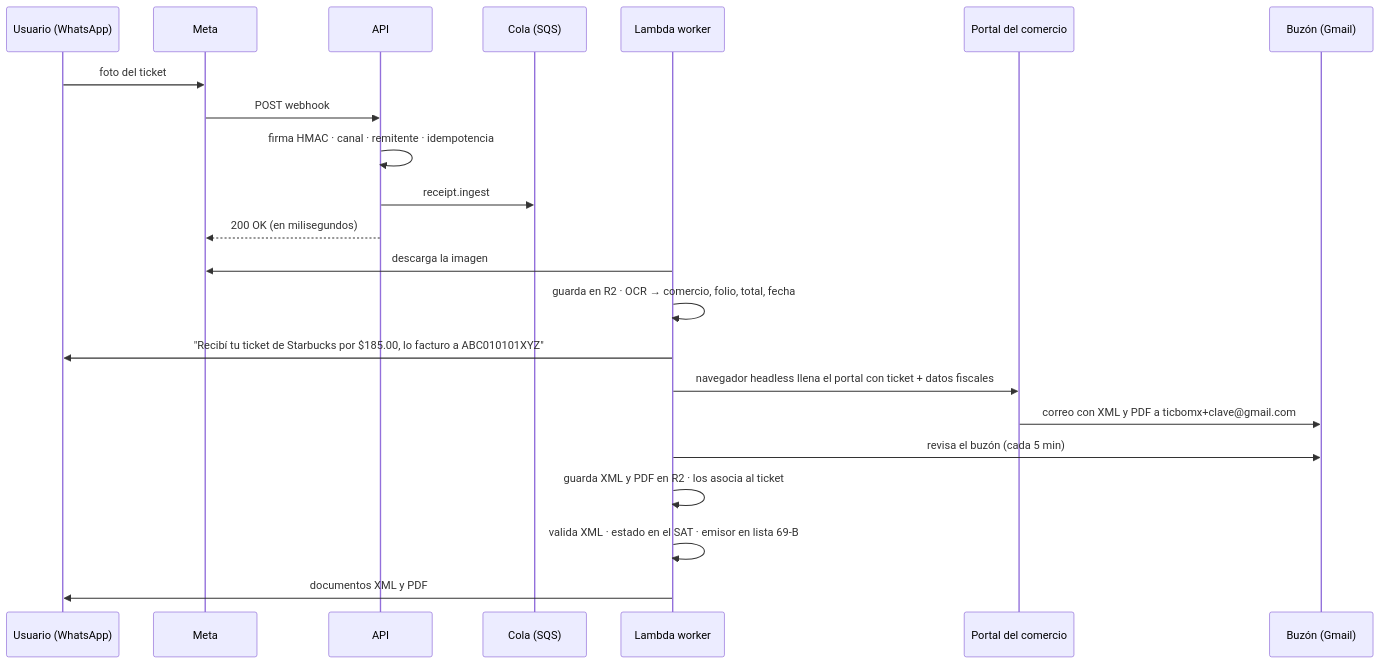
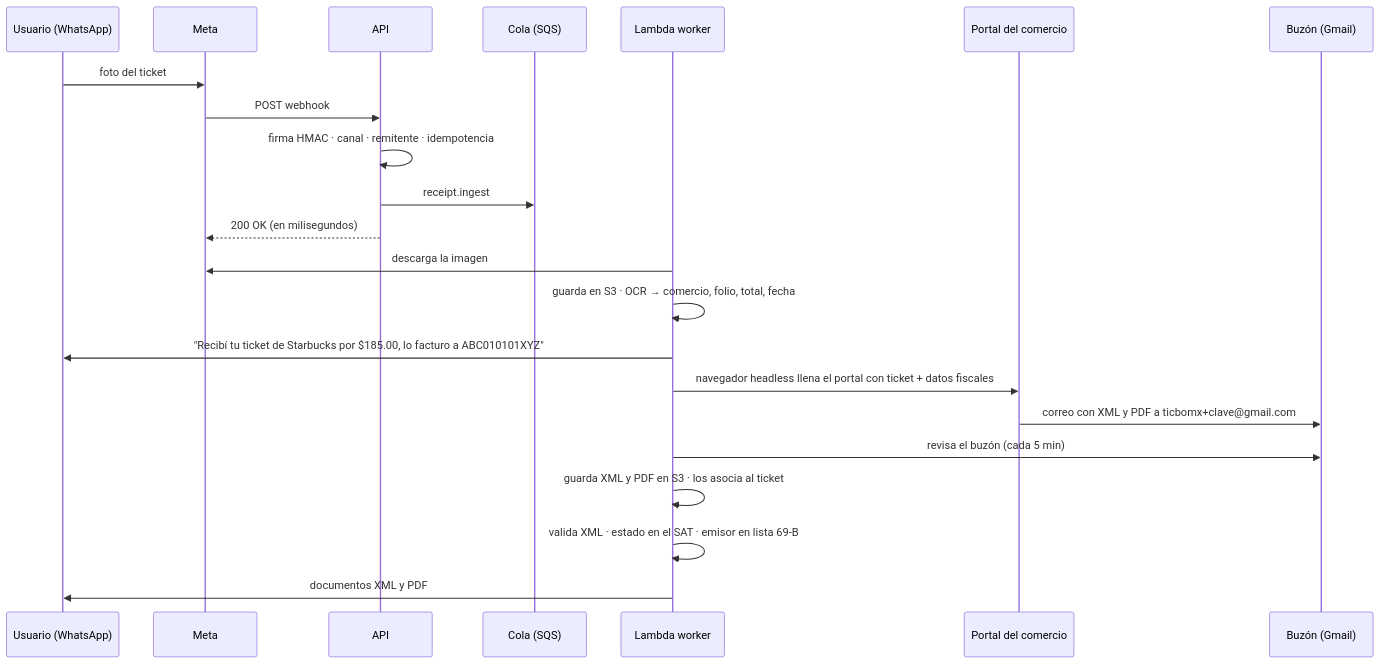
One commit to AldoRxz/Escala-Ticbo-backend changed the sixth of 7 diagrams in docs/architecture/backend-design.md. Above: the diagram before and after it, drawn with Mermaid. The commit also changed other lines of this file and 2 other files, not shown here.

Commit message:
Document the move from R2 to S3 for ticket photos and CFDI files

````diff
--- a/docs/architecture/backend-design.md
+++ b/docs/architecture/backend-design.md
@@ -447,24 +451,24 @@
 ```mermaid
 sequenceDiagram
   participant U as Usuario (WhatsApp)
   participant M as Meta
   participant API
   participant Q as Cola (SQS)
   participant W as Lambda worker
   participant P as Portal del comercio
   participant E as Buzón (Gmail)
   U->>M: foto del ticket
   M->>API: POST webhook
   API->>API: firma HMAC · canal · remitente · idempotencia
   API->>Q: receipt.ingest
   API-->>M: 200 OK (en milisegundos)
   W->>M: descarga la imagen
-  W->>W: guarda en R2 · OCR → comercio, folio, total, fecha
+  W->>W: guarda en S3 · OCR → comercio, folio, total, fecha
   W->>U: "Recibí tu ticket de Starbucks por $185.00, lo facturo a ABC010101XYZ"
   W->>P: navegador headless llena el portal con ticket + datos fiscales
   P->>E: correo con XML y PDF a ticbomx+clave@gmail.com
   W->>E: revisa el buzón (cada 5 min)
-  W->>W: guarda XML y PDF en R2 · los asocia al ticket
+  W->>W: guarda XML y PDF en S3 · los asocia al ticket
   W->>W: valida XML · estado en el SAT · emisor en lista 69-B
   W->>U: documentos XML y PDF
 ```
````
